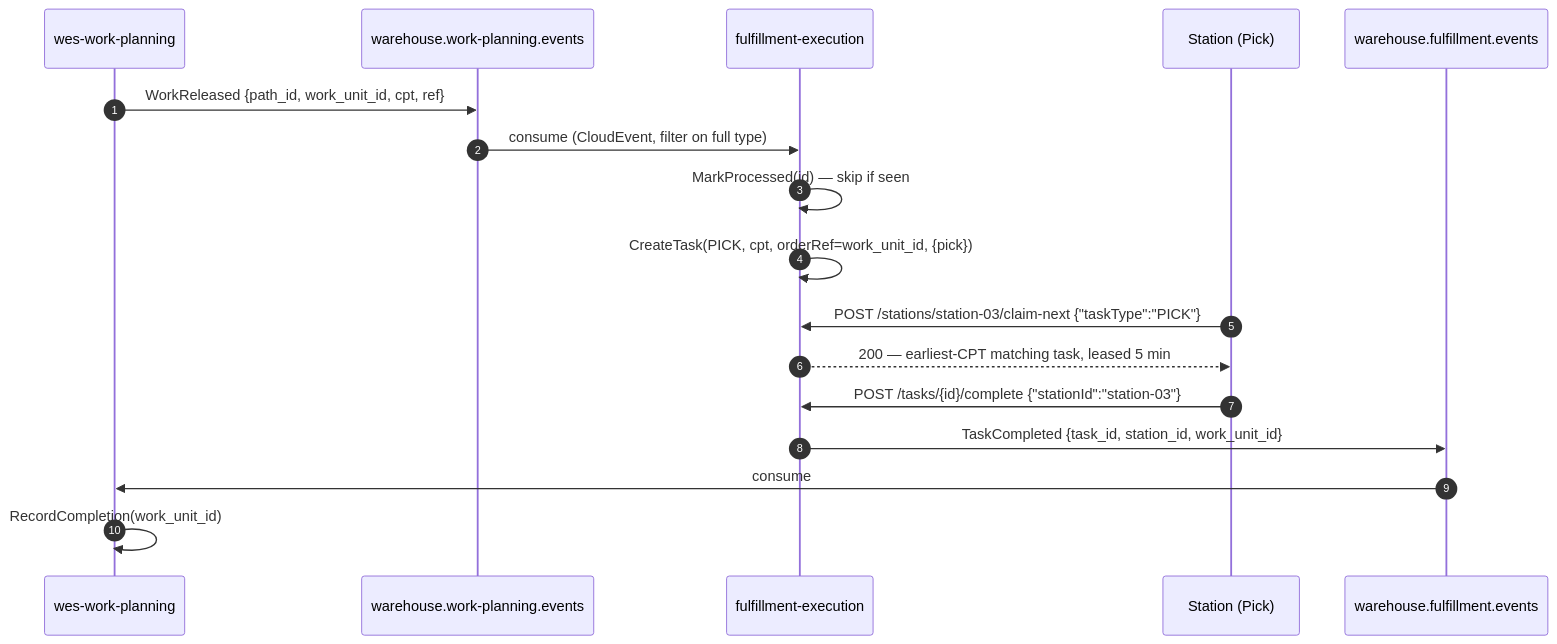
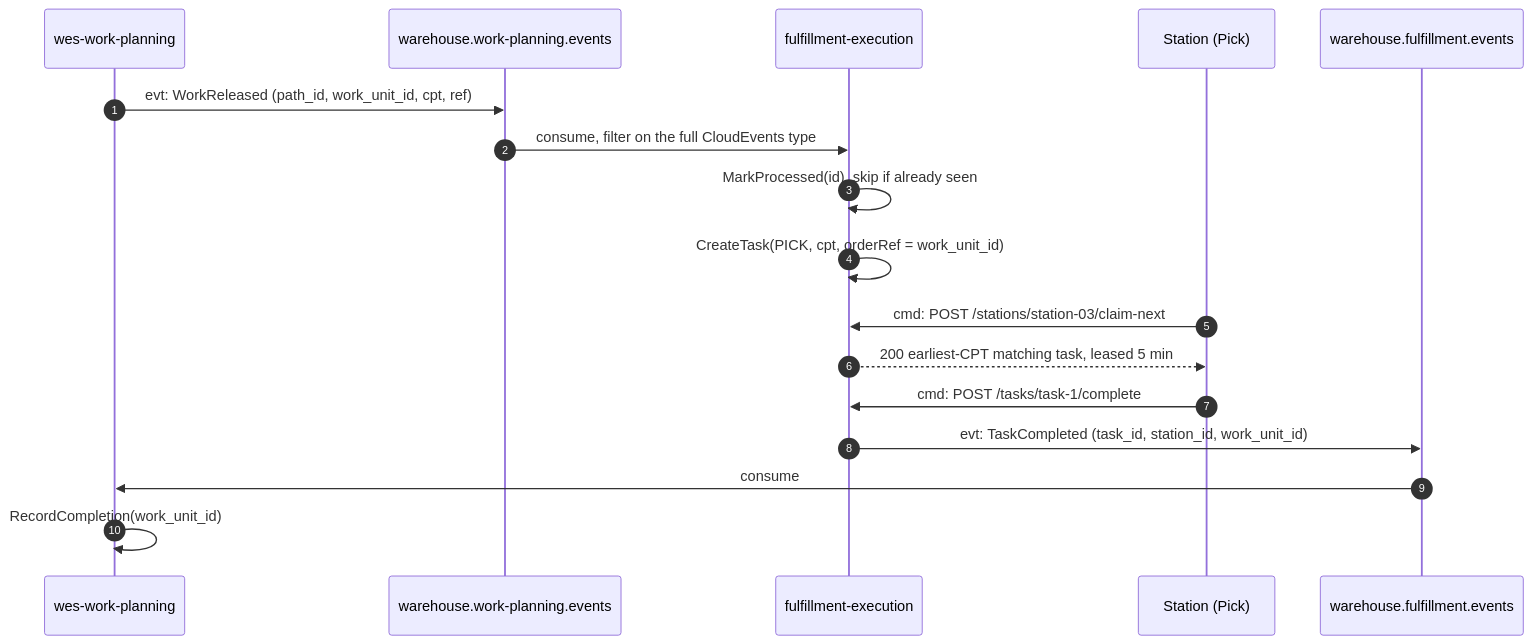
The second of 2 diagrams in docs/docs/ecosystem/context-map.md (IQVO/fulfillment-execution), drawn with Mermaid before and after one commit. The commit also changed other lines of this file and 29 other files, not shown here.

````diff
--- a/docs/docs/ecosystem/context-map.md
+++ b/docs/docs/ecosystem/context-map.md
@@ -101,20 +119,20 @@
 ```mermaid
 sequenceDiagram
     autonumber
     participant WP as wes-work-planning
     participant K1 as warehouse.work-planning.events
     participant FE as fulfillment-execution
     participant ST as Station (Pick)
     participant K2 as warehouse.fulfillment.events
 
-    WP->>K1: WorkReleased {path_id, work_unit_id, cpt, ref}
-    K1->>FE: consume (CloudEvent, filter on full type)
-    FE->>FE: MarkProcessed(id) — skip if seen
-    FE->>FE: CreateTask(PICK, cpt, orderRef=work_unit_id, {pick})
-    ST->>FE: POST /stations/station-03/claim-next {"taskType":"PICK"}
-    FE-->>ST: 200 — earliest-CPT matching task, leased 5 min
-    ST->>FE: POST /tasks/{id}/complete {"stationId":"station-03"}
-    FE->>K2: TaskCompleted {task_id, station_id, work_unit_id}
+    WP->>K1: evt: WorkReleased (path_id, work_unit_id, cpt, ref)
+    K1->>FE: consume, filter on the full CloudEvents type
+    FE->>FE: MarkProcessed(id), skip if already seen
+    FE->>FE: CreateTask(PICK, cpt, orderRef = work_unit_id)
+    ST->>FE: cmd: POST /stations/station-03/claim-next
+    FE-->>ST: 200 earliest-CPT matching task, leased 5 min
+    ST->>FE: cmd: POST /tasks/task-1/complete
+    FE->>K2: evt: TaskCompleted (task_id, station_id, work_unit_id)
     K2->>WP: consume
     WP->>WP: RecordCompletion(work_unit_id)
 ```
````
